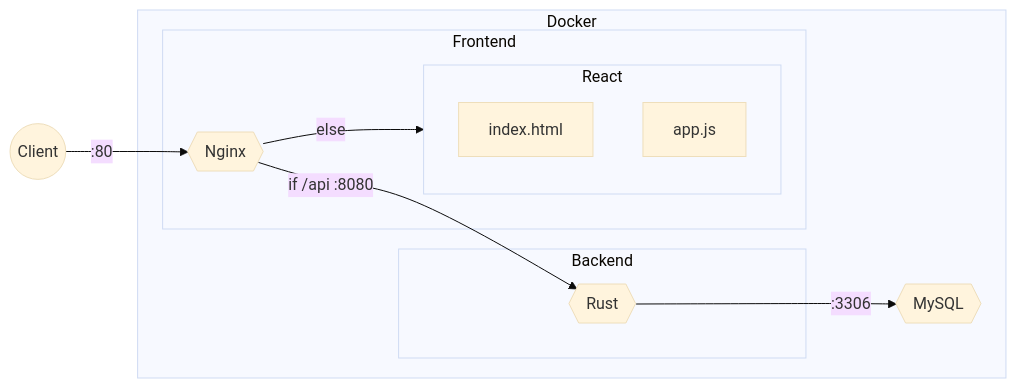
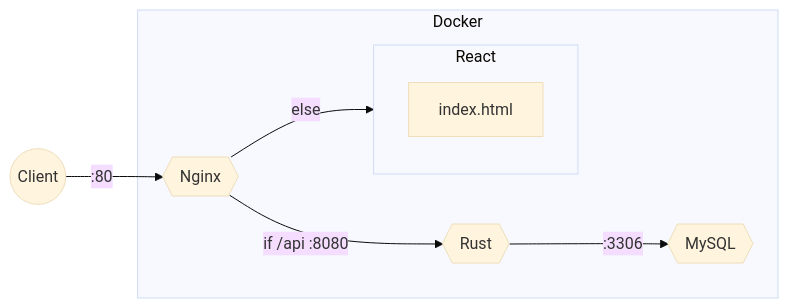
One commit to WilliamRagstad/react-actix-template changed the diagram in README.md. Above: the diagram before and after it, drawn with Mermaid (base theme).

Commit message:
Simplify architecture

````diff
--- a/README.md
+++ b/README.md
@@ -41,21 +41,16 @@
 ```mermaid
 flowchart LR;
 
 subgraph "Docker"
     MySQL{{MySQL}}
-    subgraph "Backend"
-        Rust{{Rust}}
-    end
-    subgraph "Frontend"
-        Nginx{{Nginx}};
-        subgraph "React"
-            Index[index.html]
-            JS[app.js]
-        end
+    Rust{{Rust}}
+    Nginx{{Nginx}};
+    subgraph "React"
+        Index[index.html]
     end
 end
 Client((Client)) -->|:80| Nginx;
 Nginx -->|if /api :8080| Rust;
 Nginx -->|else| React;
 Rust -->|:3306| MySQL;
 ```
````
